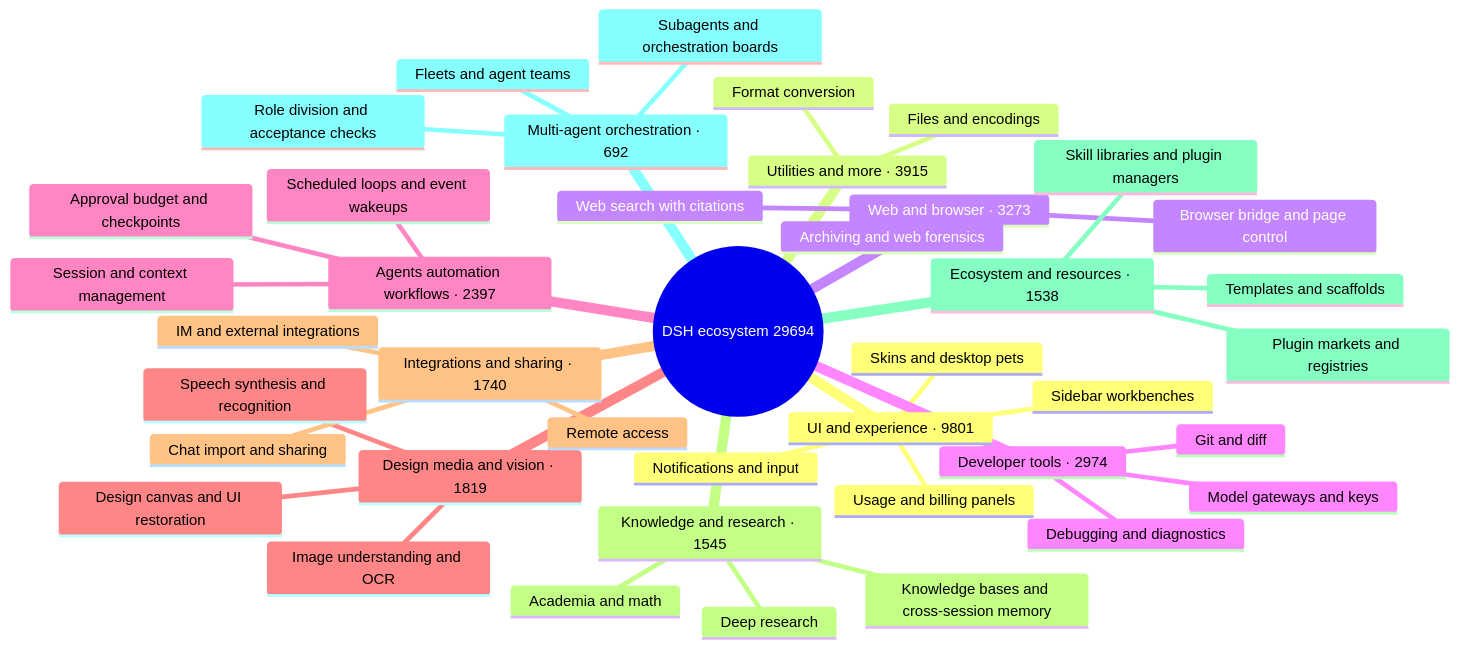
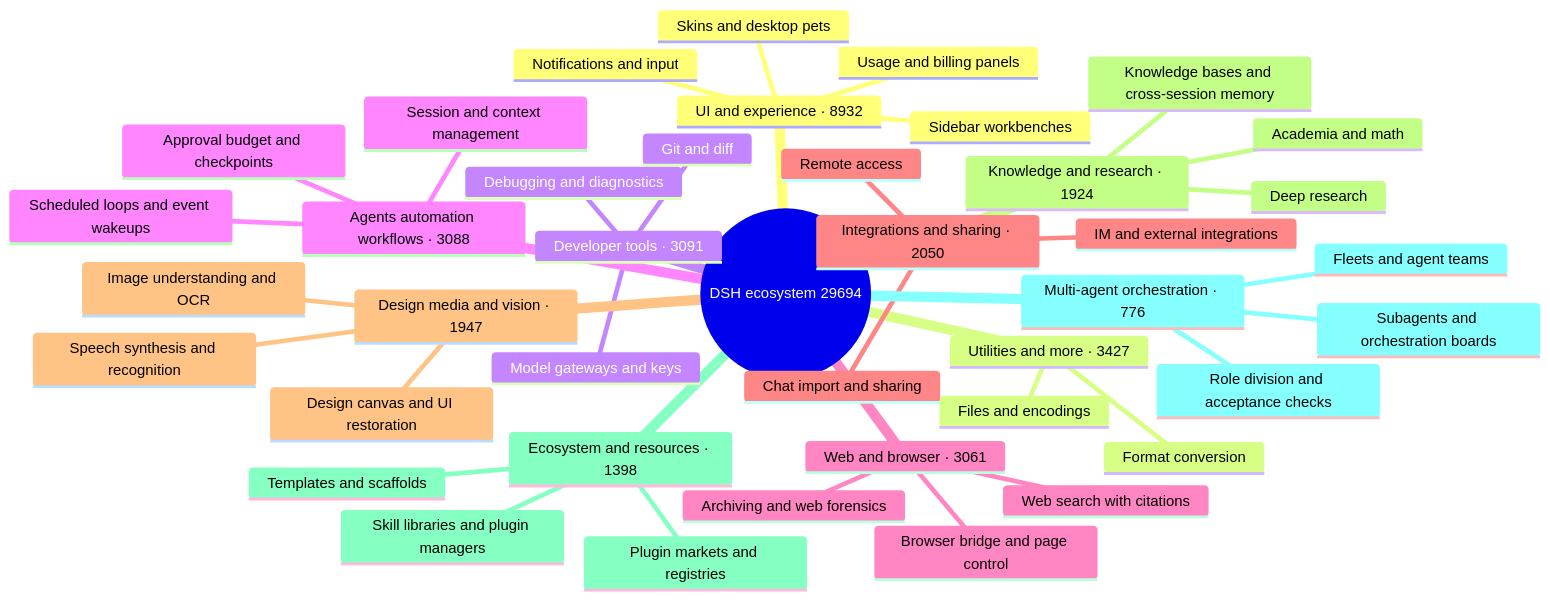
The diagram in README_EN.md (bruc3van/awesome-dsh-plugin), drawn with Mermaid before and after one commit. The commit also changed 20 other files, not shown here.

````diff
--- a/README_EN.md
+++ b/README_EN.md
@@ -40,44 +40,44 @@
 ```mermaid
 mindmap
   root((DSH ecosystem 29694))
-    UI and experience · 9801
+    UI and experience · 8932
       Usage and billing panels
       Sidebar workbenches
       Skins and desktop pets
       Notifications and input
-    Utilities and more · 3915
+    Utilities and more · 3427
       Files and encodings
       Format conversion
-    Web and browser · 3273
+    Developer tools · 3091
+      Git and diff
+      Model gateways and keys
+      Debugging and diagnostics
+    Agents automation workflows · 3088
+      Session and context management
+      Scheduled loops and event wakeups
+      Approval budget and checkpoints
+    Web and browser · 3061
       Browser bridge and page control
       Web search with citations
       Archiving and web forensics
-    Developer tools · 2974
-      Git and diff
-      Model gateways and keys
-      Debugging and diagnostics
-    Agents automation workflows · 2397
-      Session and context management
-      Scheduled loops and event wakeups
-      Approval budget and checkpoints
-    Design media and vision · 1819
+    Integrations and sharing · 2050
+      Chat import and sharing
+      Remote access
+      IM and external integrations
+    Design media and vision · 1947
       Image understanding and OCR
       Design canvas and UI restoration
       Speech synthesis and recognition
-    Integrations and sharing · 1740
-      Chat import and sharing
-      Remote access
-      IM and external integrations
-    Knowledge and research · 1545
+    Knowledge and research · 1924
       Knowledge bases and cross-session memory
       Deep research
       Academia and math
-    Ecosystem and resources · 1538
+    Ecosystem and resources · 1398
       Plugin markets and registries
       Skill libraries and plugin managers
       Templates and scaffolds
-    Multi-agent orchestration · 692
+    Multi-agent orchestration · 776
       Subagents and orchestration boards
       Fleets and agent teams
       Role division and acceptance checks
 ```
````
